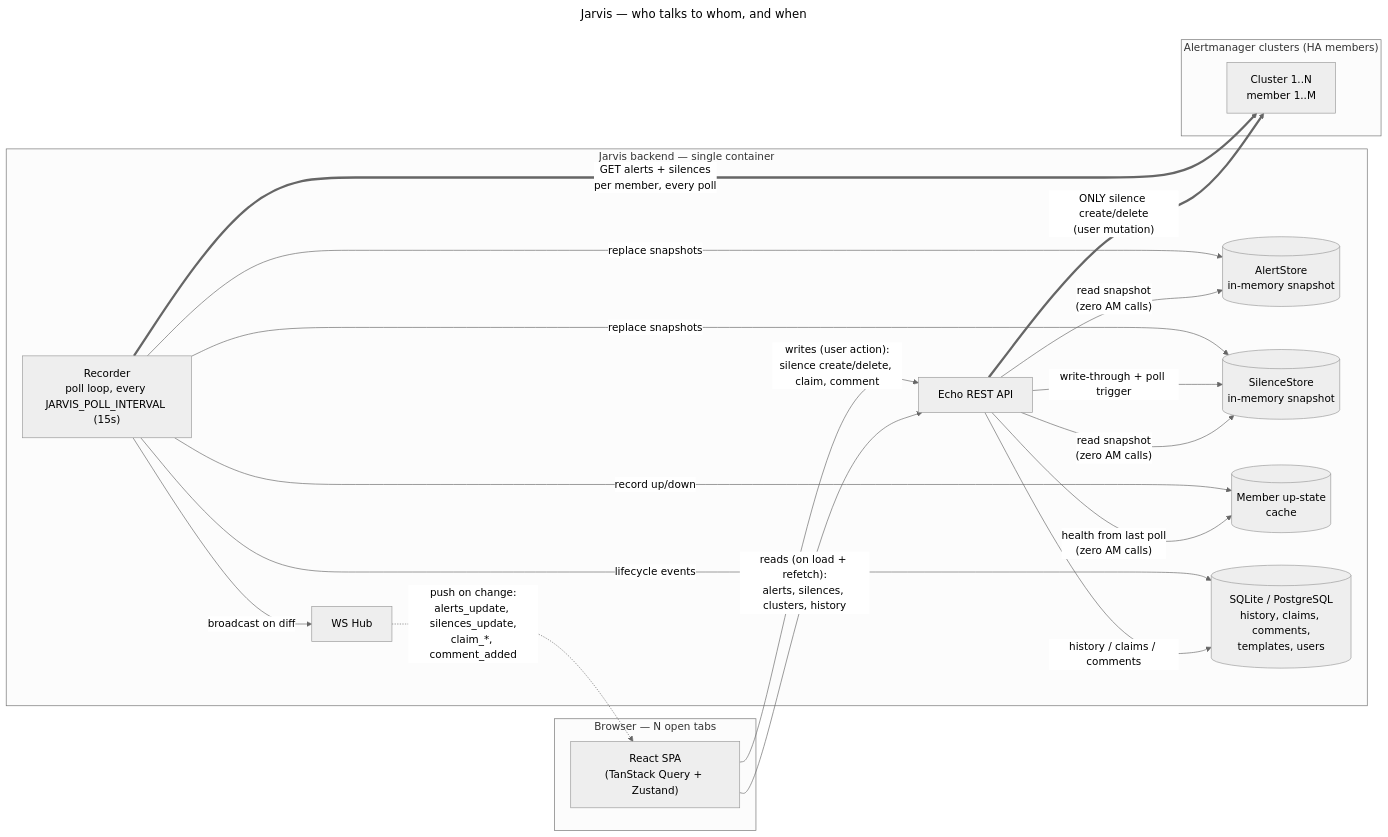
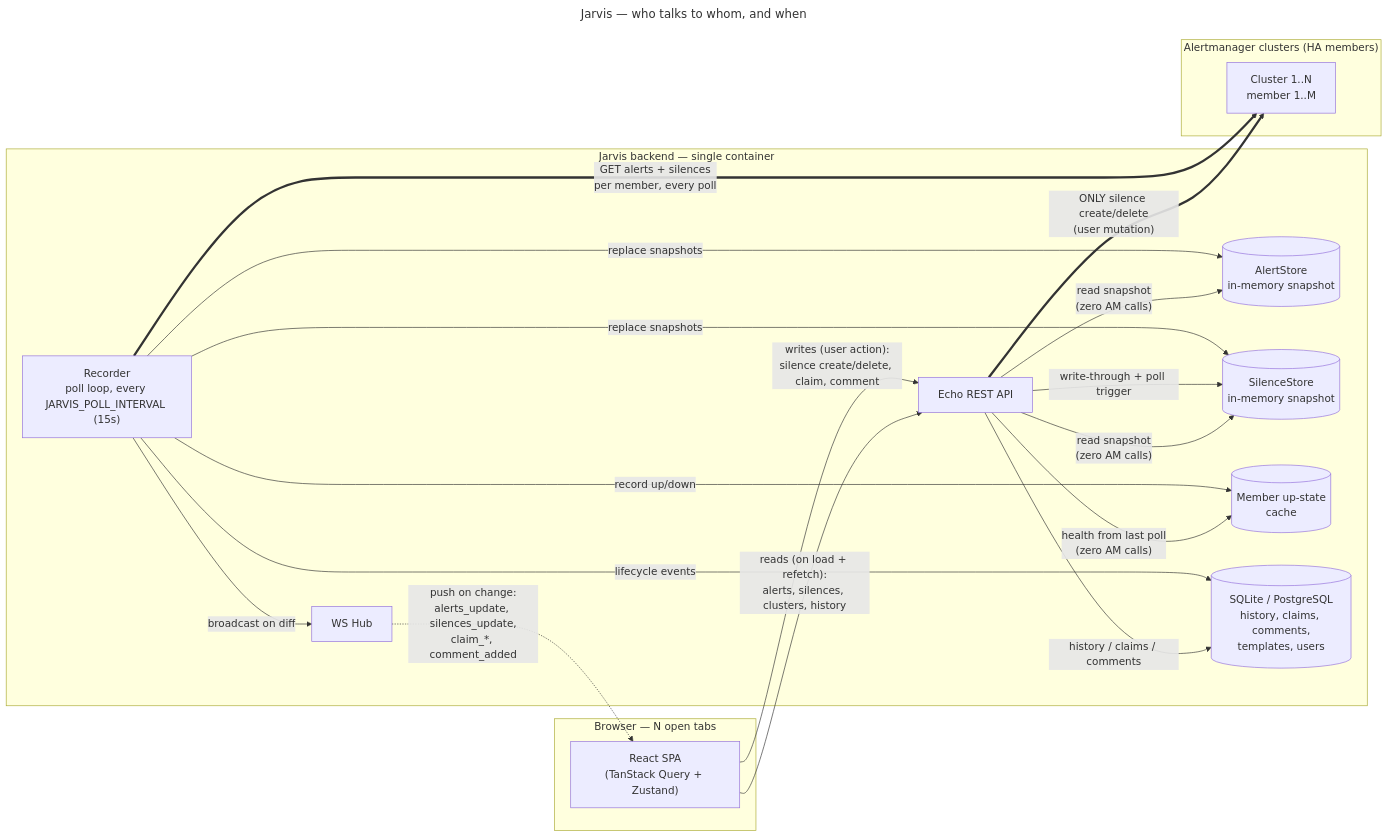
The diagram in docs/diagrams/architecture-data-flow.mmd (kj187/jarvis), drawn with Mermaid before and after one commit. The commit also changed 38 other files, not shown here.

```diff
--- a/docs/diagrams/architecture-data-flow.mmd
+++ b/docs/diagrams/architecture-data-flow.mmd
@@ -1,43 +1,42 @@
 ---
 title: Jarvis — who talks to whom, and when
 config:
-  theme: neutral
   flowchart:
     curve: basis
 ---
 flowchart LR
     subgraph clients["Browser — N open tabs"]
         UI["React SPA<br/>(TanStack Query + Zustand)"]
     end
 
     subgraph jarvis["Jarvis backend — single container"]
         API["Echo REST API"]
         HUB["WS Hub"]
         REC["Recorder<br/>poll loop, every JARVIS_POLL_INTERVAL (15s)"]
         AS[("AlertStore<br/>in-memory snapshot")]
         SS[("SilenceStore<br/>in-memory snapshot")]
         UP[("Member up-state<br/>cache")]
         DB[("SQLite / PostgreSQL<br/>history, claims, comments,<br/>templates, users")]
     end
 
     subgraph am["Alertmanager clusters (HA members)"]
         AM["Cluster 1..N<br/>member 1..M"]
     end
 
     UI -- "reads (on load + refetch):<br/>alerts, silences, clusters, history" --> API
     UI -- "writes (user action):<br/>silence create/delete, claim, comment" --> API
     HUB -. "push on change:<br/>alerts_update, silences_update,<br/>claim_*, comment_added" .-> UI
 
     API -- "read snapshot<br/>(zero AM calls)" --> AS
     API -- "read snapshot<br/>(zero AM calls)" --> SS
     API -- "health from last poll<br/>(zero AM calls)" --> UP
     API -- "history / claims / comments" --> DB
     API == "ONLY silence create/delete<br/>(user mutation)" ==> AM
     API -- "write-through + poll trigger" --> SS
 
     REC == "GET alerts + silences<br/>per member, every poll" ==> AM
     REC -- "replace snapshots" --> AS
     REC -- "replace snapshots" --> SS
     REC -- "record up/down" --> UP
     REC -- "lifecycle events" --> DB
     REC -- "broadcast on diff" --> HUB
```
